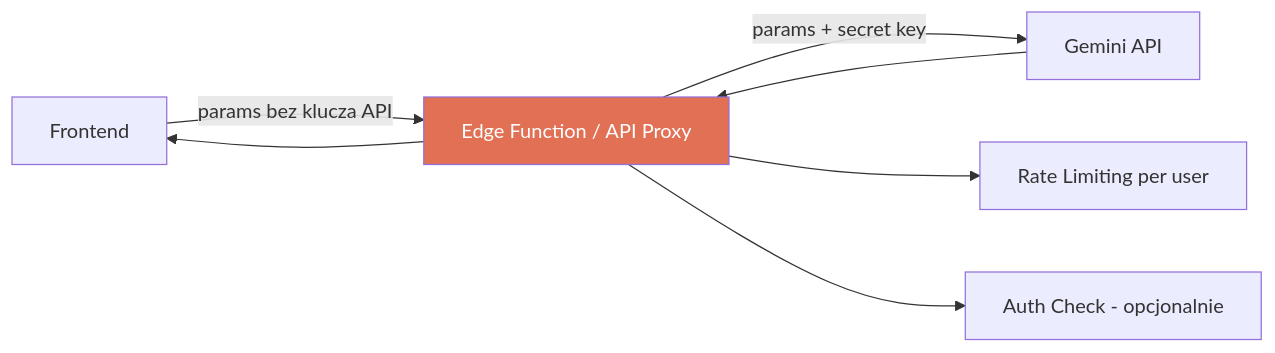
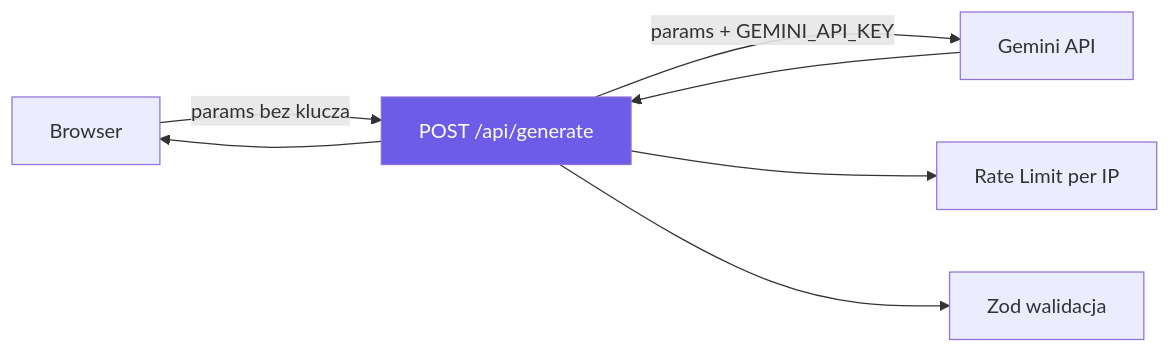
The fourth of 4 diagrams in docs/technical-documentation.md (rleon82/CaptionForge), drawn with Mermaid before and after one commit. The commit also changed other lines of this file and 2 other files, not shown here.

Commit message:
docs: aktualizacja do wersji Next.js 14 - README.md: stack zmieniony z Vanilla na Next.js/TS/Tailwind/Zod - technical-documentation.md: architektura Server/Client Components, Route Handler, hooks - plan.md: oznaczony jako historyczny + mapowanie Vanilla → Next.js

````diff
--- a/docs/technical-documentation.md
+++ b/docs/technical-documentation.md
@@ -376,11 +366,11 @@
 ```mermaid
 graph LR
-    A[Frontend] -->|params bez klucza API| B[Edge Function / API Proxy]
-    B -->|params + secret key| C[Gemini API]
+    A[Browser] -->|params bez klucza| B[POST /api/generate]
+    B -->|params + GEMINI_API_KEY| C[Gemini API]
     C --> B
     B --> A
-    B --> D[Rate Limiting per user]
-    B --> E[Auth Check - opcjonalnie]
+    B --> D[Rate Limit per IP]
+    B --> Z[Zod walidacja]
 
-    style B fill:#E17055,color:white
+    style B fill:#6C5CE7,color:white
 ```
````
